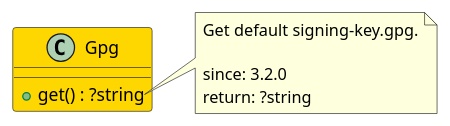
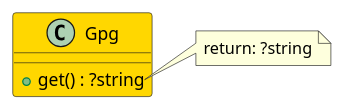
The diagram in src/5974503e-e56c-488b-bee3-f93b90c781df/README.md (joomengine/gitea), drawn with PlantUML before and after one commit. The commit also changed other lines of this file and 370 other files, not shown here.

````diff
--- a/src/5974503e-e56c-488b-bee3-f93b90c781df/README.md
+++ b/src/5974503e-e56c-488b-bee3-f93b90c781df/README.md
@@ -6,16 +6,13 @@
 ```uml
 @startuml
 
-class Gpg  #Gold {
+class Gpg #Gold {
   + get() : ?string
 }
 
 note right of Gpg::get
-  Get default signing-key.gpg.
-
-  since: 3.2.0
   return: ?string
 end note
 
 @enduml
 ```
````
